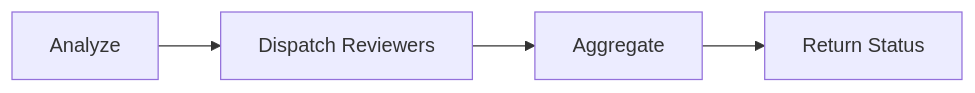
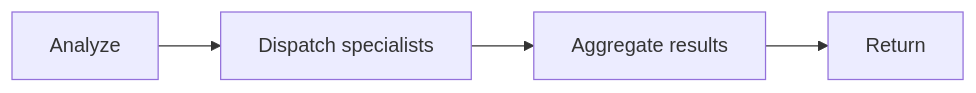
One commit to inkeep/agents changed the first of 2 diagrams in agents-docs/content/guides/agent-engineering/workflow-orchestrators.mdx. Above: the diagram before and after it, drawn with Mermaid. The commit also changed other lines of this file and 8 other files, not shown here.

````diff
--- a/agents-docs/content/guides/agent-engineering/workflow-orchestrators.mdx
+++ b/agents-docs/content/guides/agent-engineering/workflow-orchestrators.mdx
@@ -56,6 +38,6 @@
 ```mermaid
 graph LR
-    A[Analyze] --> B[Dispatch Reviewers]
-    B --> C[Aggregate]
-    C --> D[Return Status]
+    A[Analyze] --> B[Dispatch specialists]
+    B --> C[Aggregate results]
+    C --> D[Return]
 ```
````
